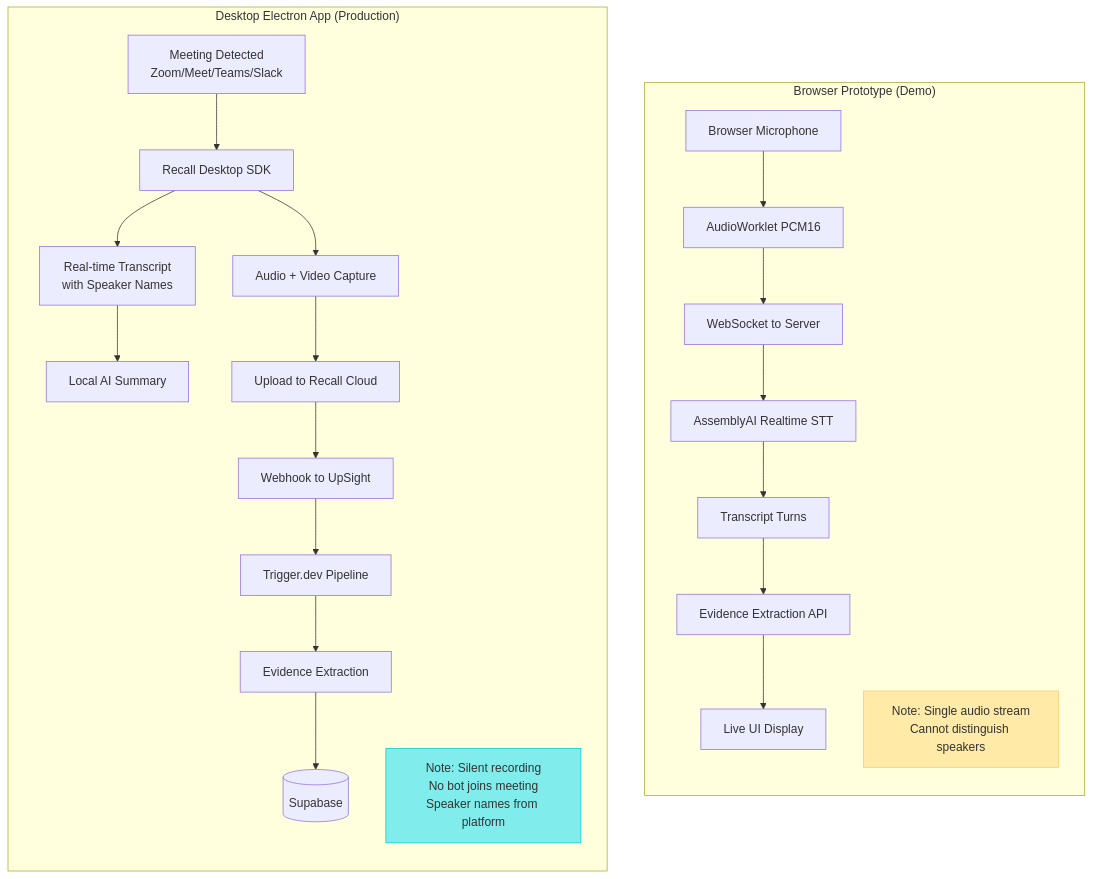
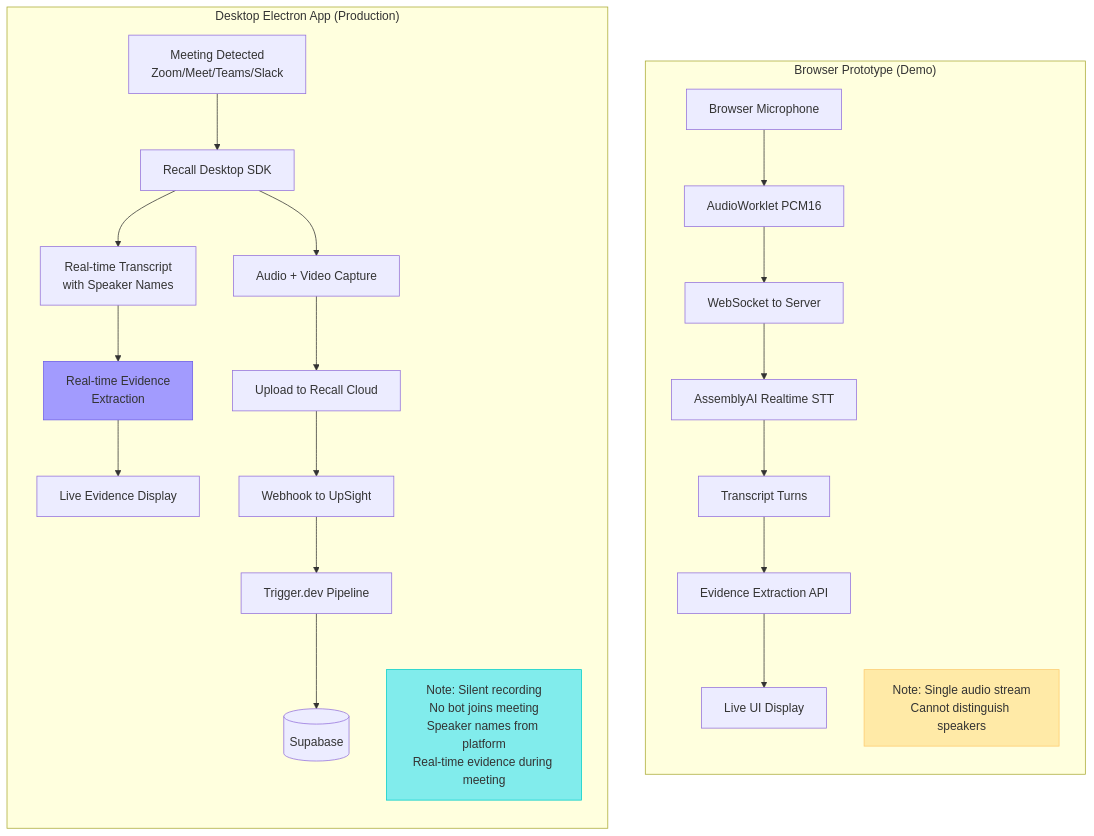
Before and after one commit to epic-hq/Insights: the first of 3 diagrams in app/features/realtime-transcription/SYSTEM-FLOW.md, drawn with Mermaid. The commit also changed other lines of this file and 2 other files, not shown here.

First line of the commit message:
feat(realtime): add real-time evidence extraction during meetings

````diff
--- a/app/features/realtime-transcription/SYSTEM-FLOW.md
+++ b/app/features/realtime-transcription/SYSTEM-FLOW.md
@@ -10,32 +10,33 @@
 ```mermaid
 flowchart TB
     subgraph Browser["Browser Prototype (Demo)"]
         direction TB
         B_Mic[Browser Microphone] --> B_Worklet[AudioWorklet PCM16]
         B_Worklet --> B_WS[WebSocket to Server]
         B_WS --> B_AAI[AssemblyAI Realtime STT]
         B_AAI --> B_Trans[Transcript Turns]
         B_Trans --> B_Extract[Evidence Extraction API]
         B_Extract --> B_UI[Live UI Display]
 
         B_Note[Note: Single audio stream<br/>Cannot distinguish speakers]
     end
 
     subgraph Desktop["Desktop Electron App (Production)"]
         direction TB
         D_Meet[Meeting Detected<br/>Zoom/Meet/Teams/Slack] --> D_SDK[Recall Desktop SDK]
         D_SDK --> D_Trans[Real-time Transcript<br/>with Speaker Names]
         D_SDK --> D_Capture[Audio + Video Capture]
-        D_Trans --> D_Local[Local AI Summary]
+        D_Trans --> D_RT_Extract[Real-time Evidence<br/>Extraction]
+        D_RT_Extract --> D_UI[Live Evidence Display]
         D_Capture --> D_Upload[Upload to Recall Cloud]
         D_Upload --> D_Webhook[Webhook to UpSight]
         D_Webhook --> D_Pipeline[Trigger.dev Pipeline]
-        D_Pipeline --> D_Evidence[Evidence Extraction]
-        D_Evidence --> D_DB[(Supabase)]
+        D_Pipeline --> D_DB[(Supabase)]
 
-        D_Note[Note: Silent recording<br/>No bot joins meeting<br/>Speaker names from platform]
+        D_Note[Note: Silent recording<br/>No bot joins meeting<br/>Speaker names from platform<br/>Real-time evidence during meeting]
     end
 
     style B_Note fill:#ffeaa7,stroke:#fdcb6e
     style D_Note fill:#81ecec,stroke:#00cec9
+    style D_RT_Extract fill:#a29bfe,stroke:#6c5ce7
 ```
````
